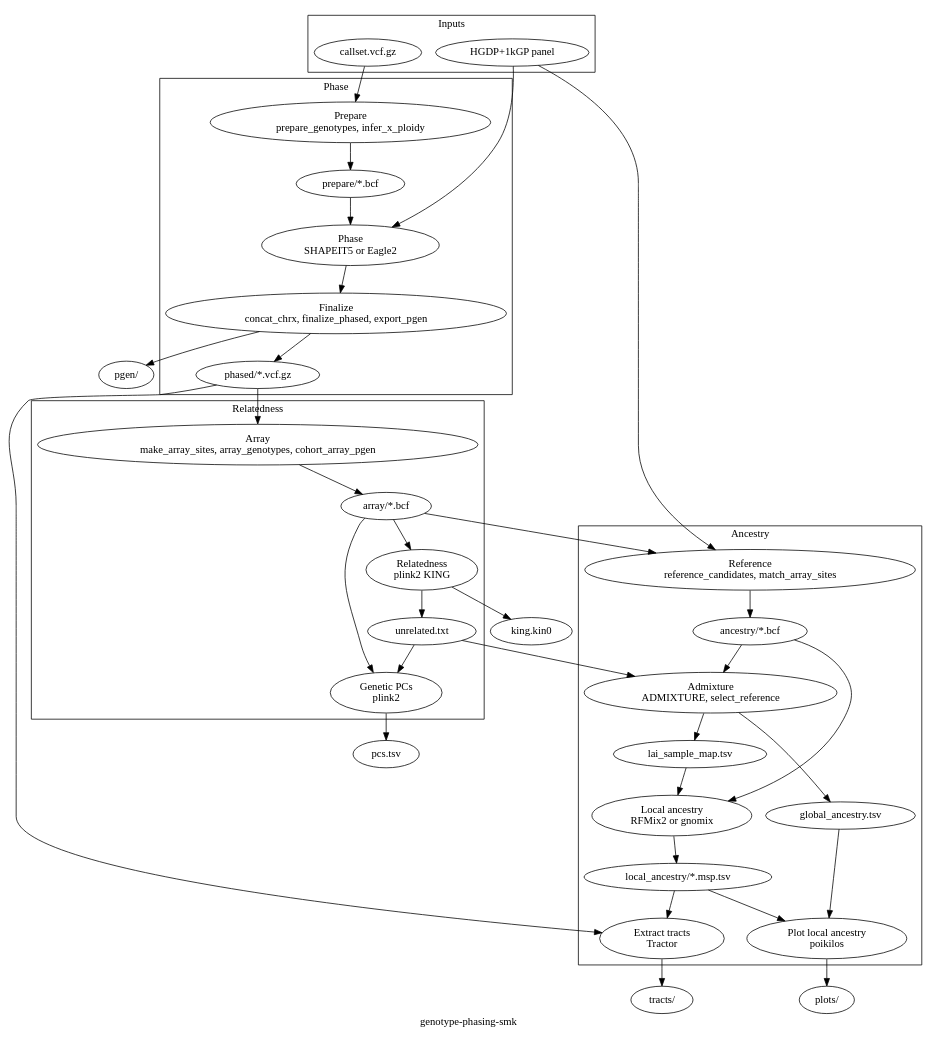
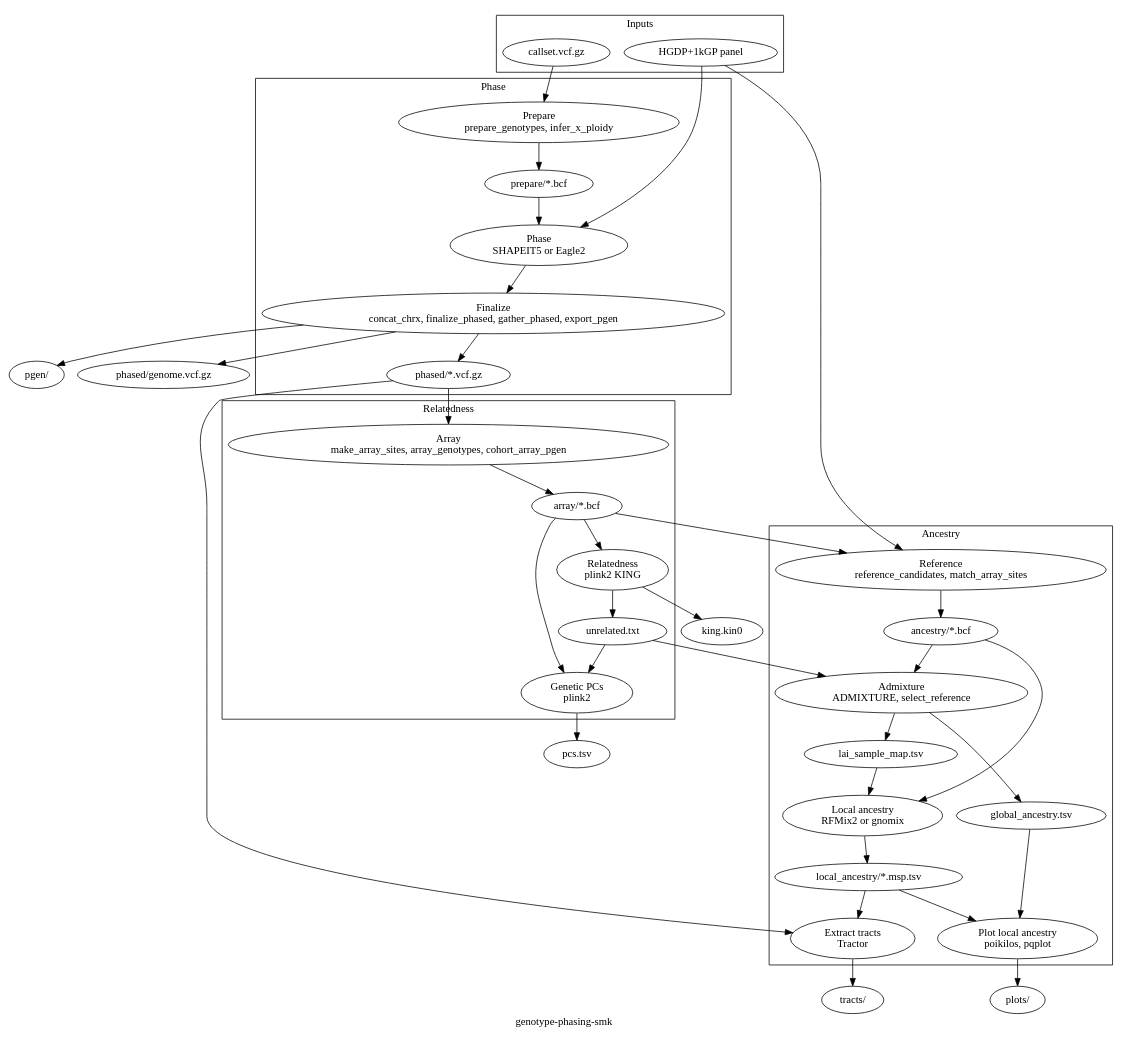
The diagram in docs/workflow-condensed.gv (ramirc0/genotype-phasing-smk), drawn with Graphviz before and after one commit. The commit also changed 11 other files, not shown here.

Commit message:
Gather the phased chromosomes into one genome-wide VCF

```diff
--- a/docs/workflow-condensed.gv
+++ b/docs/workflow-condensed.gv
@@ -1,79 +1,81 @@
 // genotype-phasing-smk stages, with related rules merged. workflow.gv has every rule.
 // Render: just -f ~/.claude/skills/graphviz-dot-theme/justfile render workflow-condensed.gv snakemake {TB,LR} {png,svg} files
 digraph workflow {
   label = "genotype-phasing-smk"
 
   subgraph cluster_inputs {
     label = "Inputs"
     callset [class = data, label = "callset.vcf.gz"]
     panel   [class = data, label = "HGDP+1kGP panel"]
   }
 
   subgraph cluster_phase {
     label = "Phase"
     prepare  [class = step, label = "Prepare\nprepare_genotypes, infer_x_ploidy"]
     phase    [class = step, label = "Phase\nSHAPEIT5 or Eagle2"]
-    finalize [class = step, label = "Finalize\nconcat_chrx, finalize_phased, export_pgen"]
+    finalize [class = step, label = "Finalize\nconcat_chrx, finalize_phased, gather_phased, export_pgen"]
     prepared [class = data, label = "prepare/*.bcf"]
     phased   [class = data, label = "phased/*.vcf.gz"]
   }
 
   subgraph cluster_relatedness {
     label = "Relatedness"
     array       [class = step, label = "Array\nmake_array_sites, array_genotypes, cohort_array_pgen"]
     relatedness [class = step, label = "Relatedness\nplink2 KING"]
     pcs         [class = step, label = "Genetic PCs\nplink2"]
     array_bcf   [class = data, label = "array/*.bcf"]
     unrelated   [class = data, label = "unrelated.txt"]
   }
 
   subgraph cluster_ancestry {
     label = "Ancestry"
     reference      [class = step, label = "Reference\nreference_candidates, match_array_sites"]
     admixture      [class = step, label = "Admixture\nADMIXTURE, select_reference"]
     local_ancestry [class = step, label = "Local ancestry\nRFMix2 or gnomix"]
     tracts         [class = step, label = "Extract tracts\nTractor"]
-    plot           [class = step, label = "Plot local ancestry\npoikilos"]
+    plot           [class = step, label = "Plot local ancestry\npoikilos, pqplot"]
     matched        [class = data, label = "ancestry/*.bcf"]
     sample_map     [class = data, label = "lai_sample_map.tsv"]
     msp            [class = data, label = "local_ancestry/*.msp.tsv"]
     global         [class = data, label = "global_ancestry.tsv"]
   }
 
   pgen       [class = result, label = "pgen/"]
+  genome_vcf [class = result, label = "phased/genome.vcf.gz"]
   kin0       [class = result, label = "king.kin0"]
   pcs_tsv    [class = result, label = "pcs.tsv"]
   tract_txt  [class = result, label = "tracts/"]
   plots      [class = result, label = "plots/"]
 
   callset -> prepare -> prepared
   prepared -> phase
   panel -> phase
   phase -> finalize -> phased
   finalize -> pgen
+  finalize -> genome_vcf
 
   phased -> array -> array_bcf
   array_bcf -> relatedness
   relatedness -> unrelated
   relatedness -> kin0
   unrelated -> pcs
   array_bcf -> pcs
   pcs -> pcs_tsv
 
   array_bcf -> reference
   panel -> reference
   reference -> matched
   matched -> admixture
   unrelated -> admixture
   admixture -> sample_map
   admixture -> global
   global -> plot
   matched -> local_ancestry
   sample_map -> local_ancestry
   local_ancestry -> msp
   phased -> tracts
   msp -> tracts
   tracts -> tract_txt
   msp -> plot
   plot -> plots
 }
```
